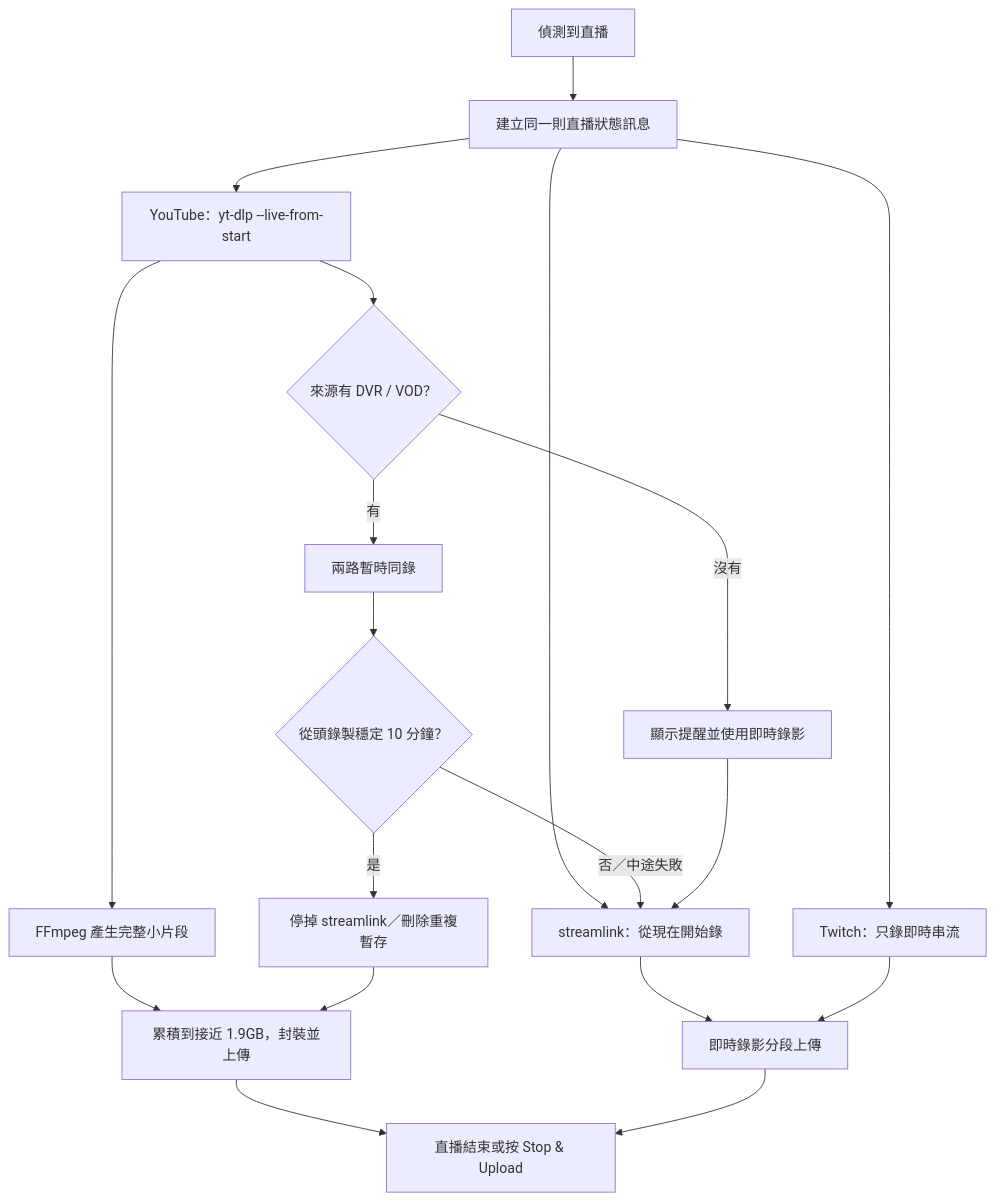
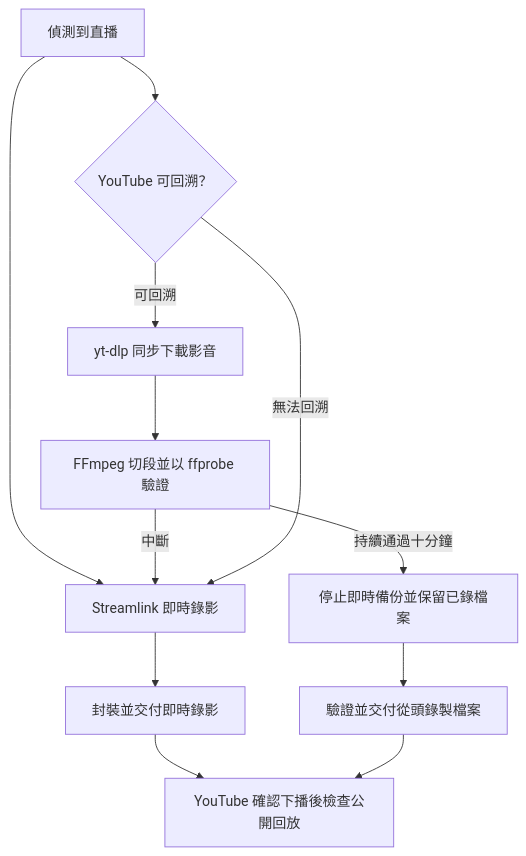
The second of 2 diagrams in README.md (TreeHD/YTDL), drawn with Mermaid before and after one commit. The commit also changed other lines of this file and 5 other files, not shown here.

Commit message:
Verify YouTube live audio and video before retiring the backup

````diff
--- a/README.md
+++ b/README.md
@@ -73,21 +77,14 @@
 ```mermaid
 flowchart TD
-    L[偵測到直播] --> A[建立同一則直播狀態訊息]
-    A --> N[streamlink：從現在開始錄]
-    A --> B[YouTube：yt-dlp --live-from-start]
-    A --> T[Twitch：只錄即時串流]
-    B --> S[FFmpeg 產生完整小片段]
-    S --> G[累積到接近 1.9GB，封裝並上傳]
-    B --> C{來源有 DVR / VOD？}
-    C -->|有| D[兩路暫時同錄]
-    D --> J{從頭錄製穩定 10 分鐘？}
-    J -->|是| K[停掉 streamlink／刪除重複暫存]
-    K --> G
-    J -->|否／中途失敗| N
-    C -->|沒有| E[顯示提醒並使用即時錄影]
-    E --> N
-    N --> F[即時錄影分段上傳]
-    T --> F
-    G --> H[直播結束或按 Stop & Upload]
-    F --> H
+    A[偵測到直播] --> B[Streamlink 即時錄影]
+    A --> C{YouTube 可回溯？}
+    C -->|可回溯| D[yt-dlp 同步下載影音]
+    D --> E[FFmpeg 切段並以 ffprobe 驗證]
+    E -->|持續通過十分鐘| F[停止即時備份並保留已錄檔案]
+    E -->|中斷| B
+    C -->|無法回溯| B
+    B --> G[封裝並交付即時錄影]
+    F --> H[驗證並交付從頭錄製檔案]
+    G --> I[YouTube 確認下播後檢查公開回放]
+    H --> I
 ```
````
